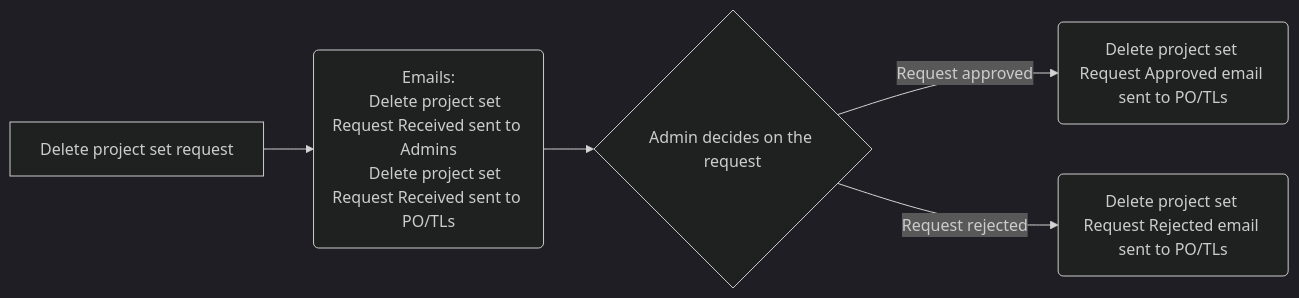
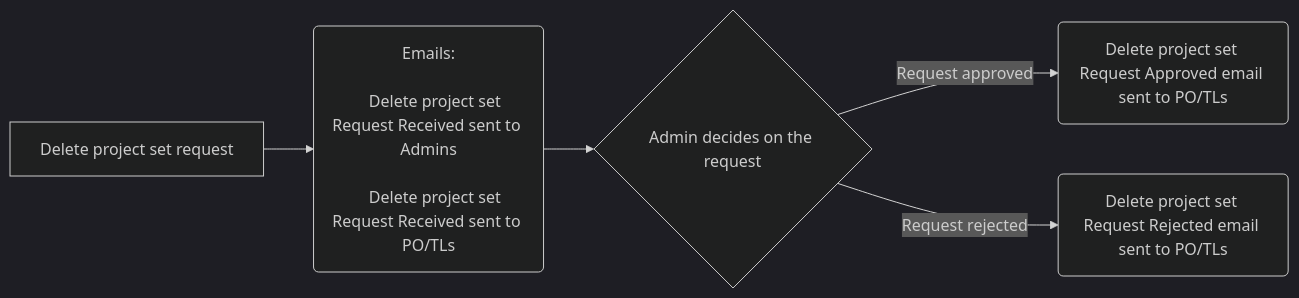
Before and after one commit to bcgov/platform-services-registry: the third of 4 diagrams in docs/email-scenarios.md, drawn with Mermaid (dark theme). The commit also changed other lines of this file, not shown here.

Commit message:
new line add to mermaid diagram

````diff
--- a/docs/email-scenarios.md
+++ b/docs/email-scenarios.md
@@ -95,10 +95,10 @@
 ```mermaid
 flowchart LR
-    A[Delete project set request] --> B(Emails:
-    Delete project set Request Received sent to Admins
+    A[Delete project set request] --> B(Emails:<br>
+    Delete project set Request Received sent to Admins<br>
     Delete project set Request Received sent to PO/TLs
     )
     B --> C{Admin decides on the request}
     C -->|Request approved| D(Delete project set Request Approved email sent to PO/TLs)
     C -->|Request rejected| E(Delete project set Request Rejected email sent to PO/TLs)
 ```
````
